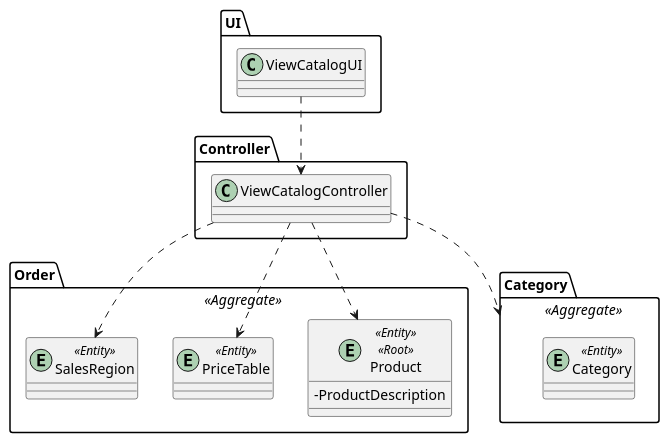
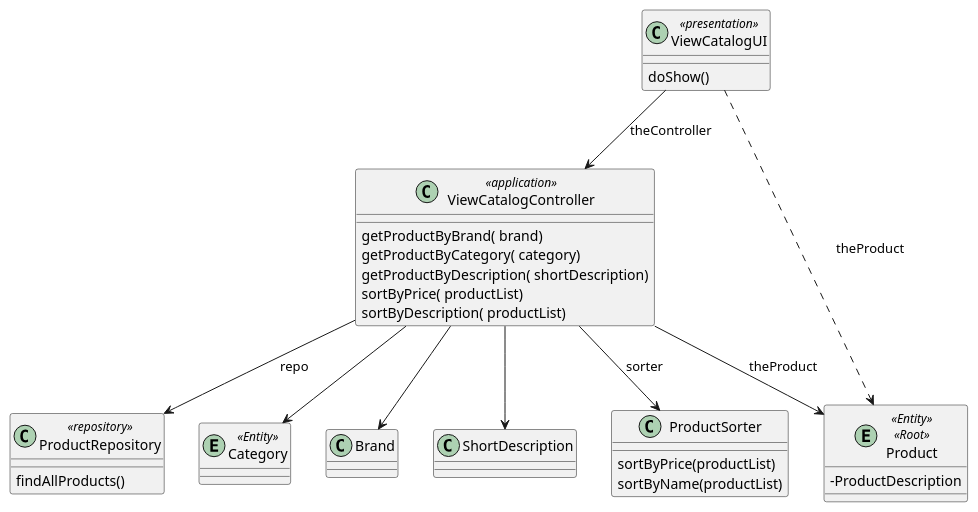
The diagram in docs/Sprint2/US1002/US1002_CD.puml (marttuga/LAPR4-SmartSystems), drawn with PlantUML before and after one commit. The commit also changed 11 other files, not shown here.

```diff
--- a/docs/Sprint2/US1002/US1002_CD.puml
+++ b/docs/Sprint2/US1002/US1002_CD.puml
@@ -1,39 +1,45 @@
 @startuml
 skinparam classAttributeIconSize 0
 
-package UI {
-class ViewCatalogUI {
-}
-}
 
-package Controller{
-class ViewCatalogController {
+class ViewCatalogUI <<presentation>>
 
-}
-}
 
-package Order <<Aggregate>>{
+
+class ViewCatalogController <<application>>
+
+class ProductSorter
+class ProductRepository <<repository>>
+
+
 
 entity Product <<Entity>> <<Root>> {
 - ProductDescription
 }
-entity PriceTable <<Entity>>
-entity SalesRegion <<Entity>>
-}
 
 
-package Category <<Aggregate>> {
     entity Category <<Entity>>
 
-}
-
-ViewCatalogUI ..> ViewCatalogController
-ViewCatalogController ..> Category
-ViewCatalogController ..>PriceTable
-
-ViewCatalogController ..> Product
-
-ViewCatalogController ..> SalesRegion
 
 
+
+ViewCatalogController --> Category
+ViewCatalogController --> Product: theProduct
+ViewCatalogController -->Brand
+ViewCatalogController -->ShortDescription
+ViewCatalogUI --> ViewCatalogController : theController
+ViewCatalogUI ..> Product : theProduct
+ViewCatalogUI : doShow()
+ViewCatalogController --> ProductRepository : repo
+ViewCatalogController --> ProductSorter : sorter
+ProductSorter : sortByPrice(productList)
+ProductSorter : sortByName(productList)
+ViewCatalogController : getProductByBrand( brand)
+ViewCatalogController : getProductByCategory( category)
+ViewCatalogController : getProductByDescription( shortDescription)
+ViewCatalogController : sortByPrice( productList)
+ViewCatalogController : sortByDescription( productList)
+
+ProductRepository : findAllProducts()
+
 @enduml
```
